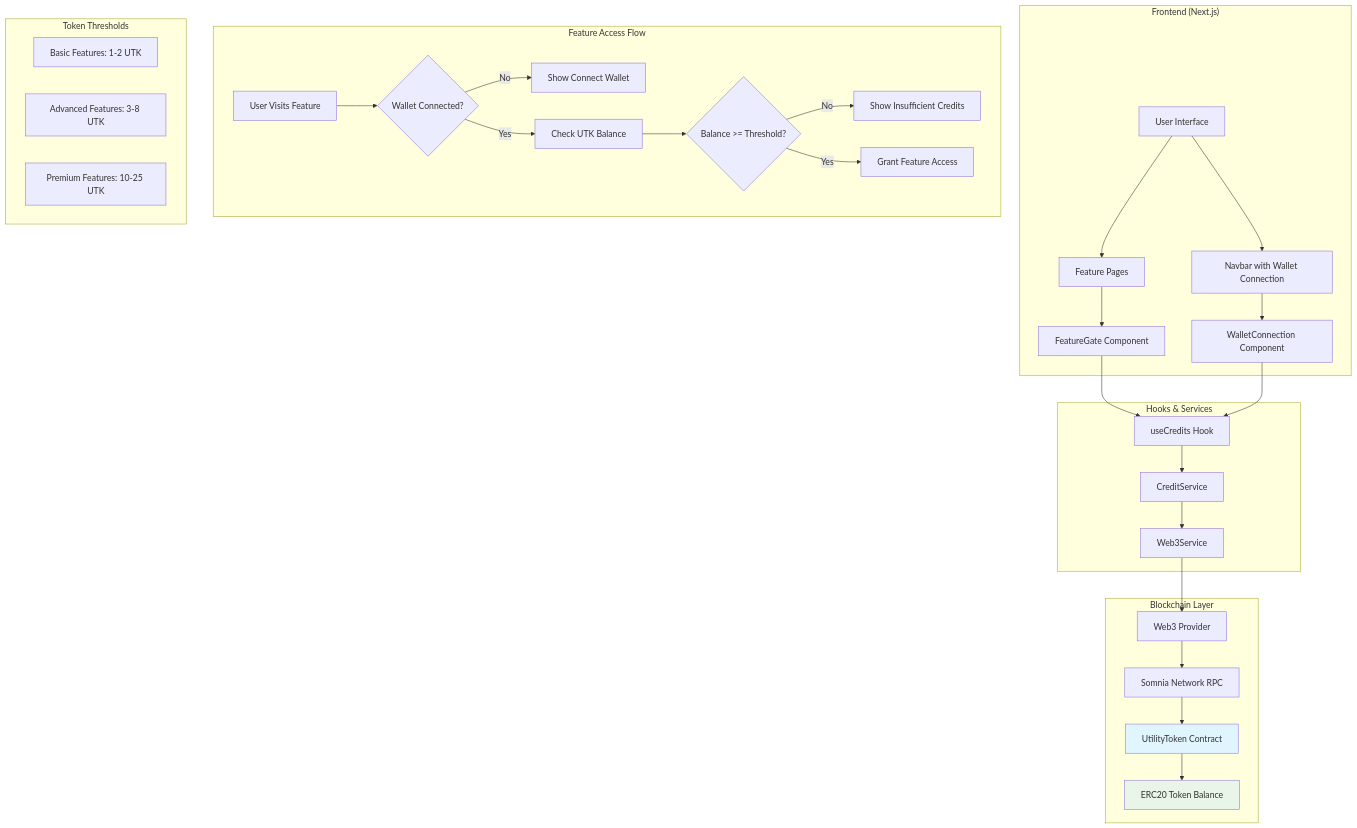
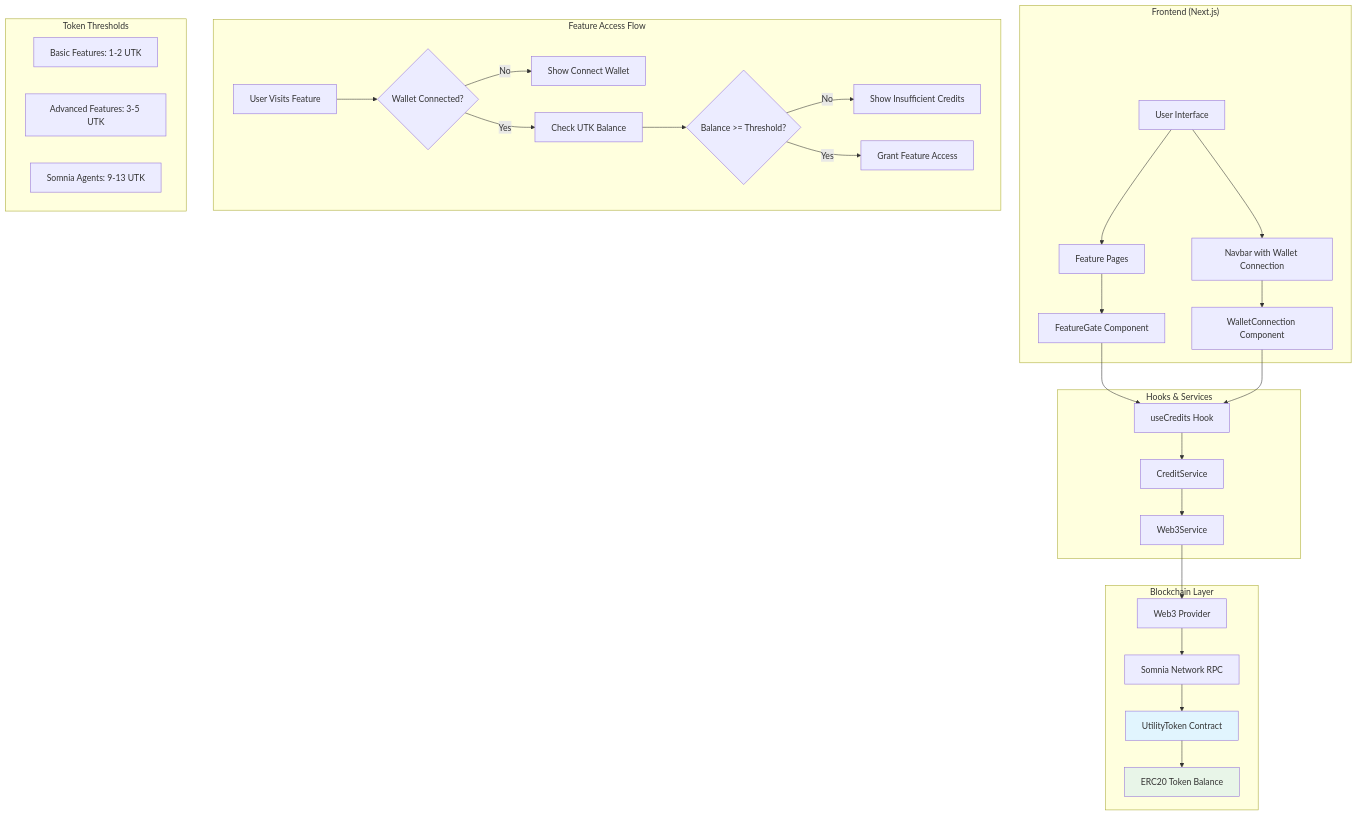
One commit to Ujjwal-sinha/SageAi- changed the first of 10 diagrams in README.md. Above: the diagram before and after it, drawn with Mermaid.

Commit message:
added somnia

````diff
--- a/README.md
+++ b/README.md
@@ -124,41 +124,41 @@
 ```mermaid
 graph TB
     subgraph "Frontend (Next.js)"
         A[User Interface] --> B[Navbar with Wallet Connection]
         A --> C[Feature Pages]
         C --> D[FeatureGate Component]
         B --> E[WalletConnection Component]
     end
     
     subgraph "Hooks & Services"
         D --> F[useCredits Hook]
         E --> F
         F --> G[CreditService]
         G --> H[Web3Service]
     end
     
     subgraph "Blockchain Layer"
         H --> I[Web3 Provider]
         I --> J[Somnia Network RPC]
         J --> K[UtilityToken Contract]
         K --> L[ERC20 Token Balance]
     end
     
     subgraph "Feature Access Flow"
         M[User Visits Feature] --> N{Wallet Connected?}
         N -->|No| O[Show Connect Wallet]
         N -->|Yes| P[Check UTK Balance]
         P --> Q{Balance >= Threshold?}
         Q -->|No| R[Show Insufficient Credits]
         Q -->|Yes| S[Grant Feature Access]
     end
     
     subgraph "Token Thresholds"
         T[Basic Features: 1-2 UTK]
-        U[Advanced Features: 3-8 UTK]
-        V[Premium Features: 10-25 UTK]
+        U[Advanced Features: 3-5 UTK]
+        V[Somnia Agents: 9-13 UTK]
     end
     
     style K fill:#e1f5fe
     style L fill:#e8f5e8
 ```
````
